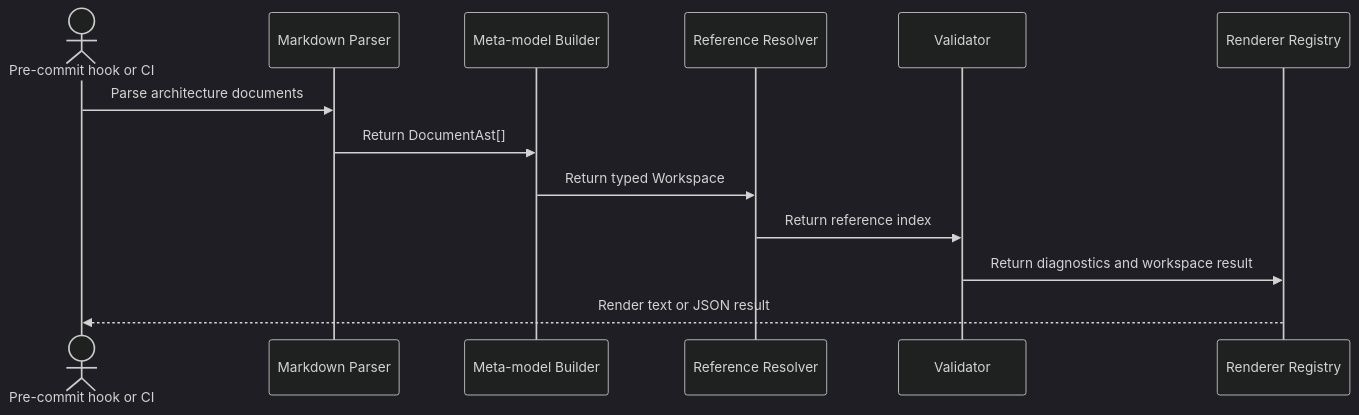
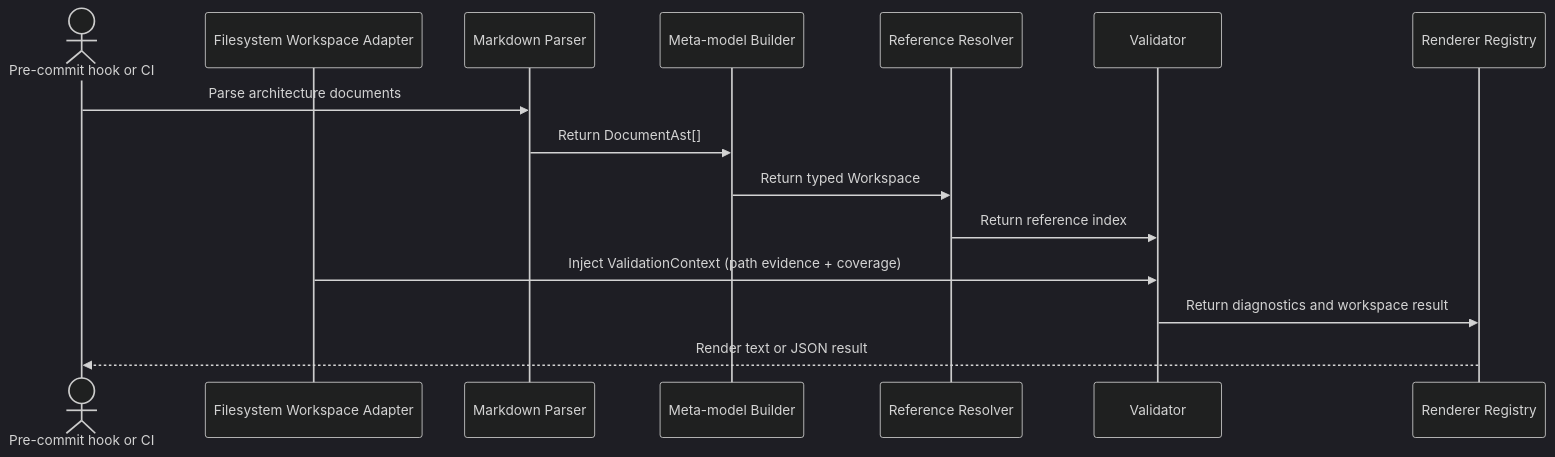
The second of 4 diagrams in docs/arc42/06-runtime-view.arc42.md (docToolchain/arc42-language), drawn with Mermaid (dark theme) before and after one commit. The commit also changed other lines of this file and 1 other file, not shown here.

Commit message:
refactor: rename interfaces to provider-scoped names, add if-workspace-paths

````diff
--- a/docs/arc42/06-runtime-view.arc42.md
+++ b/docs/arc42/06-runtime-view.arc42.md
@@ -95,16 +95,18 @@
 ```mermaid
 sequenceDiagram
     actor actor_ci as Pre-commit hook or CI
+    participant bb_workspace_fs as Filesystem Workspace Adapter
     participant bb_parser as Markdown Parser
     participant bb_builder as Meta-model Builder
     participant bb_resolver as Reference Resolver
     participant bb_validator as Validator
     participant bb_renderer as Renderer Registry
 
     actor_ci->>bb_parser: Parse architecture documents
     bb_parser->>bb_builder: Return DocumentAst[]
     bb_builder->>bb_resolver: Return typed Workspace
     bb_resolver->>bb_validator: Return reference index
+    bb_workspace_fs->>bb_validator: Inject ValidationContext (path evidence + coverage)
     bb_validator->>bb_renderer: Return diagnostics and workspace result
     bb_renderer-->>actor_ci: Render text or JSON result
 ```
````
